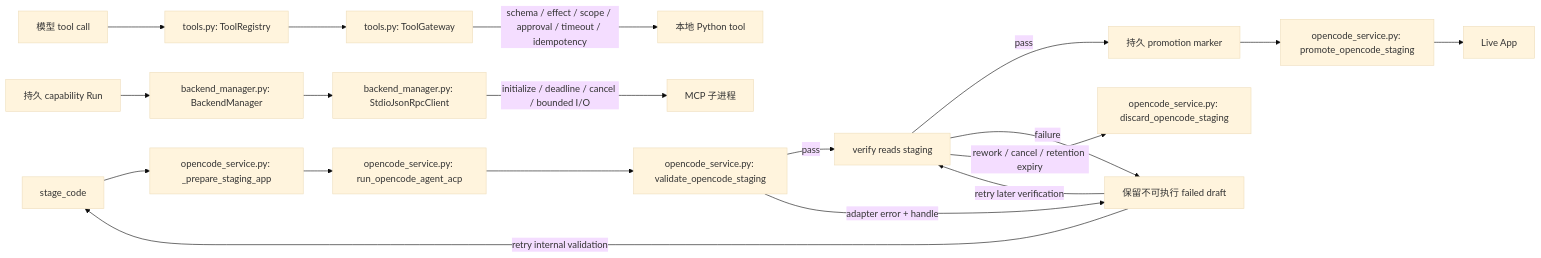
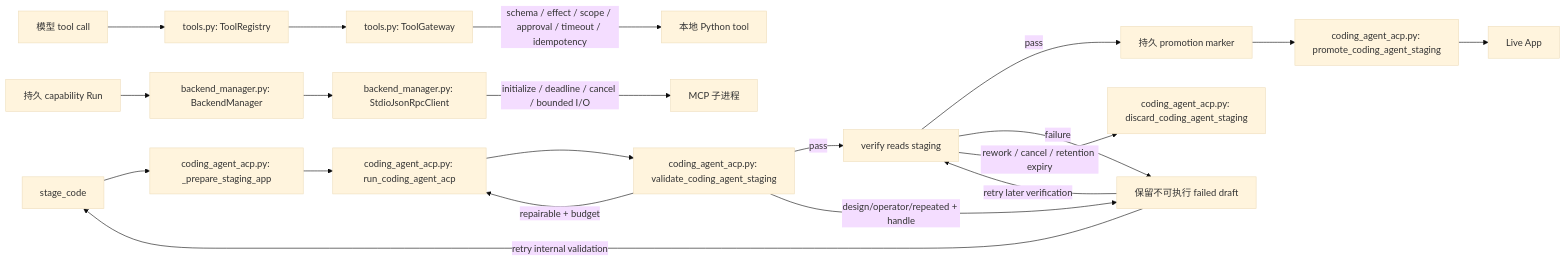
Before and after one commit to BillShiyaoZhang/ambient-agent: the fifth of 9 diagrams in docs/architecture/uml.md, drawn with Mermaid (base theme). The commit also changed other lines of this file and 58 other files, not shown here.

````diff
--- a/docs/architecture/uml.md
+++ b/docs/architecture/uml.md
@@ -153,23 +153,24 @@
 ```mermaid
 flowchart LR
     Model[模型 tool call] --> Registry[tools.py: ToolRegistry]
     Registry --> Gateway[tools.py: ToolGateway]
     Gateway -->|schema / effect / scope / approval / timeout / idempotency| LocalTool[本地 Python tool]
 
     Run[持久 capability Run] --> Backend[backend_manager.py: BackendManager]
     Backend --> MCP[backend_manager.py: StdioJsonRpcClient]
     MCP -->|initialize / deadline / cancel / bounded I/O| Process[MCP 子进程]
 
-    Stage[stage_code] --> Prepare[opencode_service.py: _prepare_staging_app]
-    Prepare --> ACP[opencode_service.py: run_opencode_agent_acp]
-    ACP --> Validate[opencode_service.py: validate_opencode_staging]
+    Stage[stage_code] --> Prepare[coding_agent_acp.py: _prepare_staging_app]
+    Prepare --> ACP[coding_agent_acp.py: run_coding_agent_acp]
+    ACP --> Validate[coding_agent_acp.py: validate_coding_agent_staging]
+    Validate -->|repairable + budget| ACP
     Validate -->|pass| Verify[verify reads staging]
-    Validate -->|adapter error + handle| Retain[保留不可执行 failed draft]
+    Validate -->|design/operator/repeated + handle| Retain[保留不可执行 failed draft]
     Verify -->|pass| Marker[持久 promotion marker]
-    Marker --> Promote[opencode_service.py: promote_opencode_staging]
+    Marker --> Promote[coding_agent_acp.py: promote_coding_agent_staging]
     Verify -->|failure| Retain
     Retain -->|retry internal validation| Stage
     Retain -->|retry later verification| Verify
-    Verify -->|rework / cancel / retention expiry| Discard[opencode_service.py: discard_opencode_staging]
+    Verify -->|rework / cancel / retention expiry| Discard[coding_agent_acp.py: discard_coding_agent_staging]
     Promote --> Live[Live App]
 ```
````
